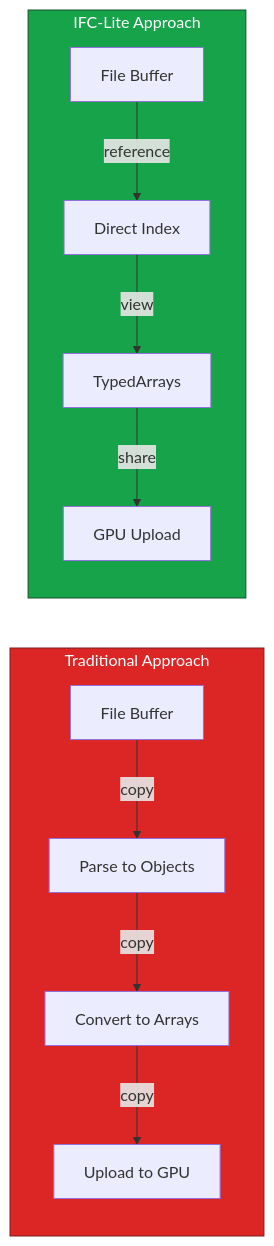
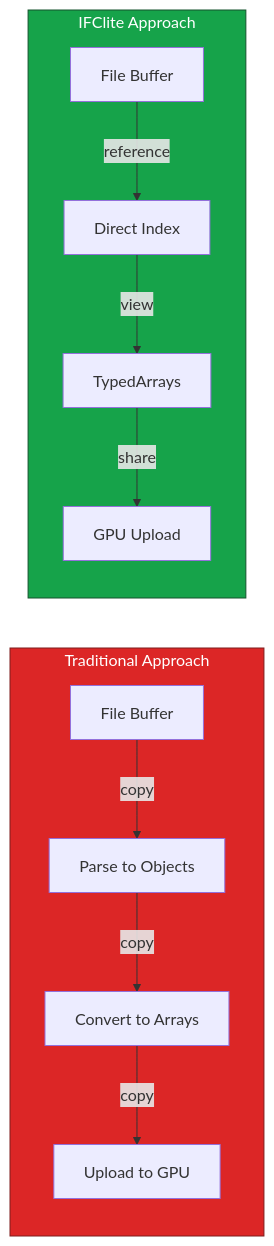
The second of 11 diagrams in docs/architecture/overview.md (louistrue/ifc-lite), drawn with Mermaid before and after one commit. The commit also changed other lines of this file and 47 other files, not shown here.

````diff
--- a/docs/architecture/overview.md
+++ b/docs/architecture/overview.md
@@ -53,21 +53,21 @@
 ```mermaid
 flowchart LR
     subgraph Traditional["Traditional Approach"]
         T1["File Buffer"]
         T2["Parse to Objects"]
         T3["Convert to Arrays"]
         T4["Upload to GPU"]
         T1 -->|copy| T2 -->|copy| T3 -->|copy| T4
     end
 
-    subgraph IFCLite["IFC-Lite Approach"]
+    subgraph IFCLite["IFClite Approach"]
         I1["File Buffer"]
         I2["Direct Index"]
         I3["TypedArrays"]
         I4["GPU Upload"]
         I1 -->|reference| I2 -->|view| I3 -->|share| I4
     end
 
     style Traditional fill:#dc2626,stroke:#7f1d1d,color:#fff
     style IFCLite fill:#16a34a,stroke:#14532d,color:#fff
 ```
````
